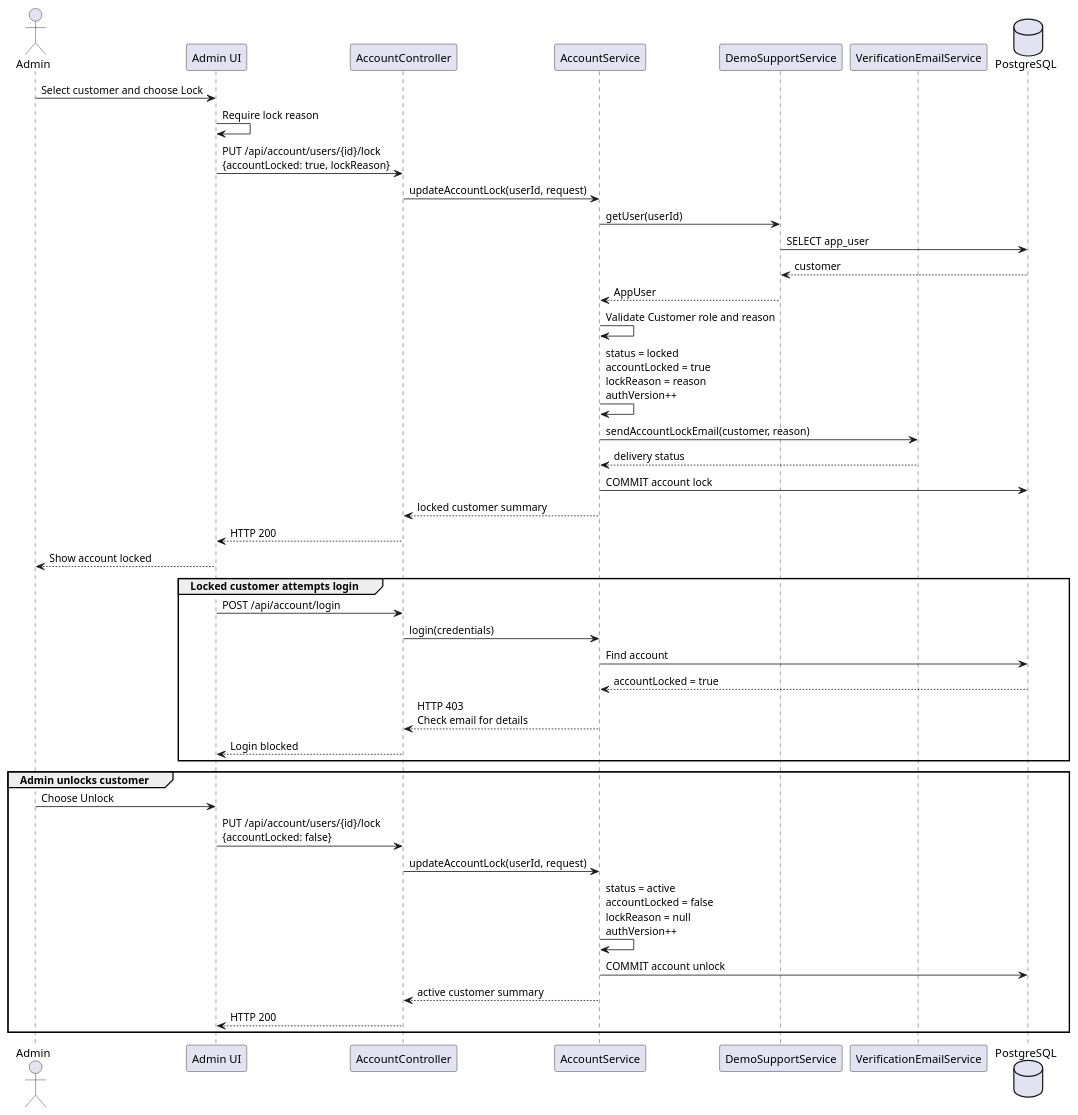
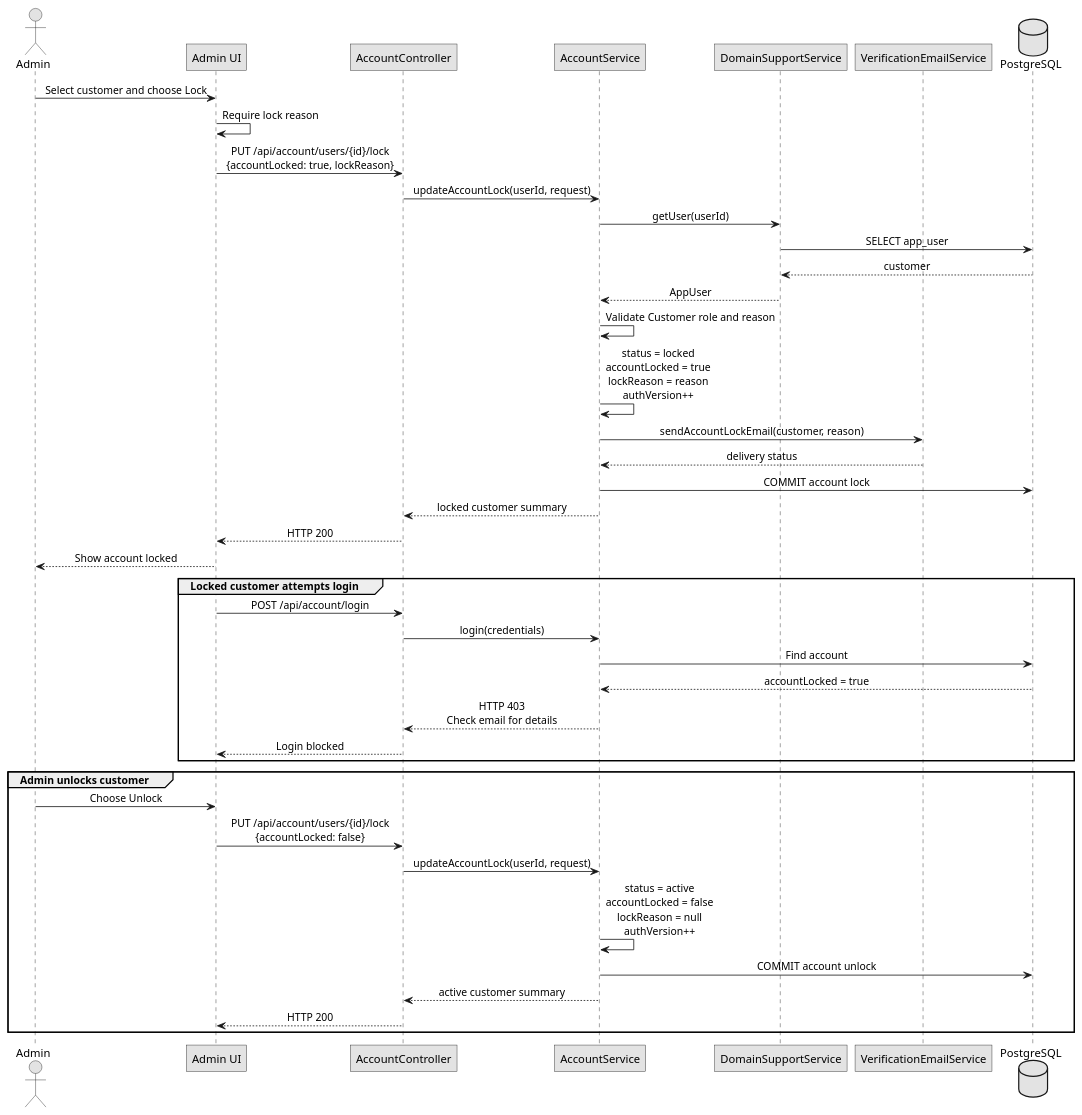
Before and after one commit to maxwell1904/SWP391_G3: the diagram in docs/Sequence/Lock-Unlock-Customer-Account.puml, drawn with PlantUML. The commit also changed 49 other files, not shown here.

```diff
--- a/docs/Sequence/Lock-Unlock-Customer-Account.puml
+++ b/docs/Sequence/Lock-Unlock-Customer-Account.puml
@@ -1,47 +1,53 @@
 @startuml
 
-actor Admin
+skinparam monochrome true
+skinparam shadowing false
+skinparam roundcorner 0
+skinparam sequenceMessageAlign center
+skinparam responseMessageBelowArrow true
+
+actor "Admin" as Admin
 participant "Admin UI" as UI
-participant AccountController as Controller
-participant AccountService as Service
-participant DemoSupportService as Support
-participant VerificationEmailService as Email
-database PostgreSQL as DB
+participant "AccountController" as Controller
+participant "AccountService" as Service
+participant "DomainSupportService" as Support
+participant "VerificationEmailService" as Email
+database "PostgreSQL" as DB
 
 Admin -> UI : Select customer and choose Lock
 UI -> UI : Require lock reason
 UI -> Controller : PUT /api/account/users/{id}/lock\n{accountLocked: true, lockReason}
 Controller -> Service : updateAccountLock(userId, request)
 Service -> Support : getUser(userId)
 Support -> DB : SELECT app_user
 DB --> Support : customer
 Support --> Service : AppUser
 Service -> Service : Validate Customer role and reason
 Service -> Service : status = locked\naccountLocked = true\nlockReason = reason\nauthVersion++
 Service -> Email : sendAccountLockEmail(customer, reason)
 Email --> Service : delivery status
 Service -> DB : COMMIT account lock
 Service --> Controller : locked customer summary
 Controller --> UI : HTTP 200
 UI --> Admin : Show account locked
 
 group Locked customer attempts login
   UI -> Controller : POST /api/account/login
   Controller -> Service : login(credentials)
   Service -> DB : Find account
   DB --> Service : accountLocked = true
   Service --> Controller : HTTP 403\nCheck email for details
   Controller --> UI : Login blocked
 end
 
 group Admin unlocks customer
   Admin -> UI : Choose Unlock
   UI -> Controller : PUT /api/account/users/{id}/lock\n{accountLocked: false}
   Controller -> Service : updateAccountLock(userId, request)
   Service -> Service : status = active\naccountLocked = false\nlockReason = null\nauthVersion++
   Service -> DB : COMMIT account unlock
   Service --> Controller : active customer summary
   Controller --> UI : HTTP 200
 end
 
 @enduml
```
